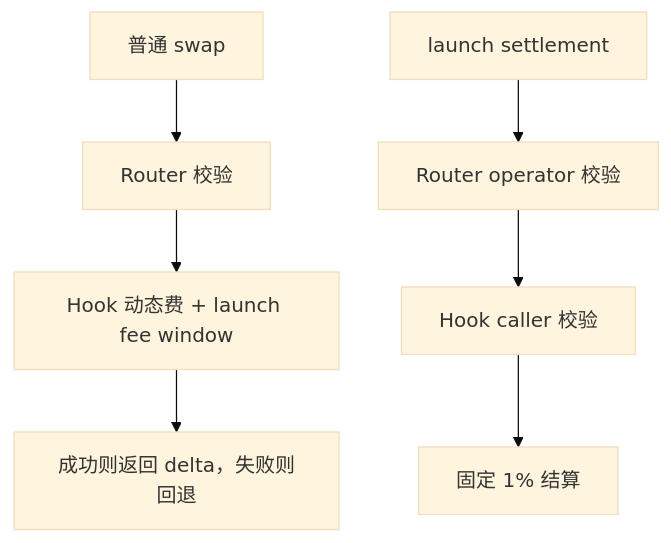
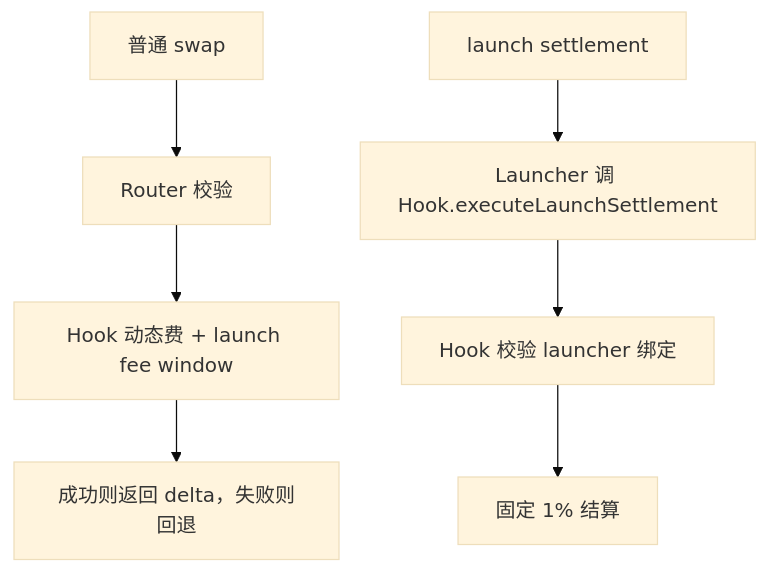
Before and after one commit to OutrunBuild/MemeverseV2: the seventh of 7 diagrams in docs/memeverse-swap/memeverse-swap-flow.md, drawn with Mermaid (base theme). The commit also changed other lines of this file and 36 other files, not shown here.

Commit message:
Refine post-unlock protection and settlement flow

````diff
--- a/docs/memeverse-swap/memeverse-swap-flow.md
+++ b/docs/memeverse-swap/memeverse-swap-flow.md
@@ -143,10 +140,10 @@
 ```mermaid
 flowchart TD
     A[普通 swap] --> B[Router 校验]
     B --> C[Hook 动态费 + launch fee window]
     C --> D[成功则返回 delta，失败则回退]
 
-    E[launch settlement] --> F[Router operator 校验]
-    F --> G[Hook caller 校验]
+    E[launch settlement] --> F[Launcher 调 Hook.executeLaunchSettlement]
+    F --> G[Hook 校验 launcher 绑定]
     G --> H[固定 1% 结算]
 ```
````
